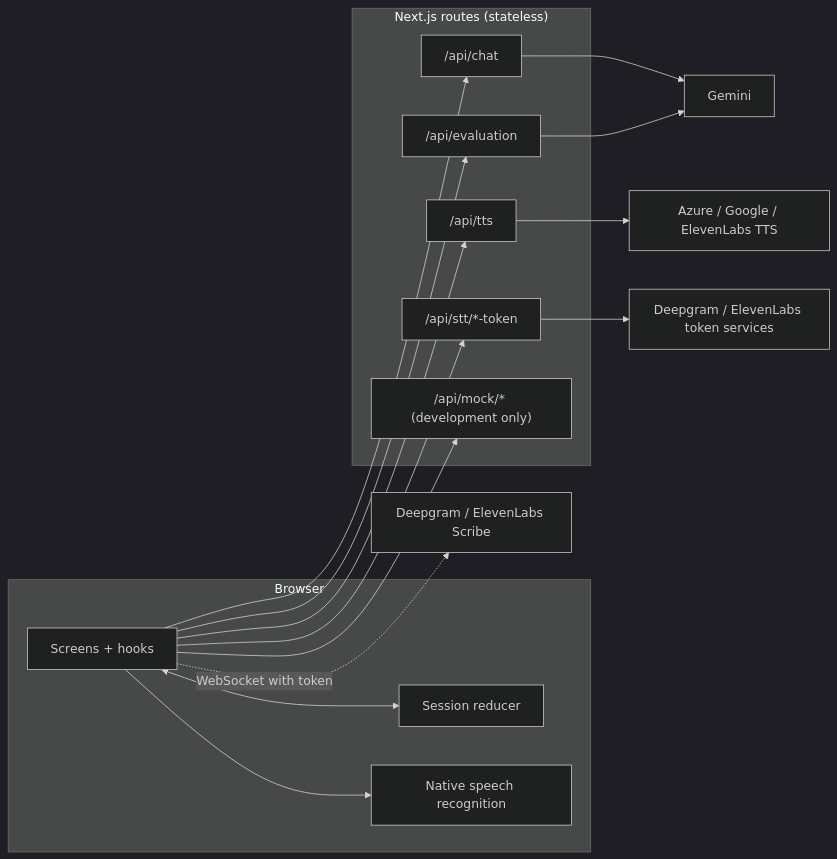
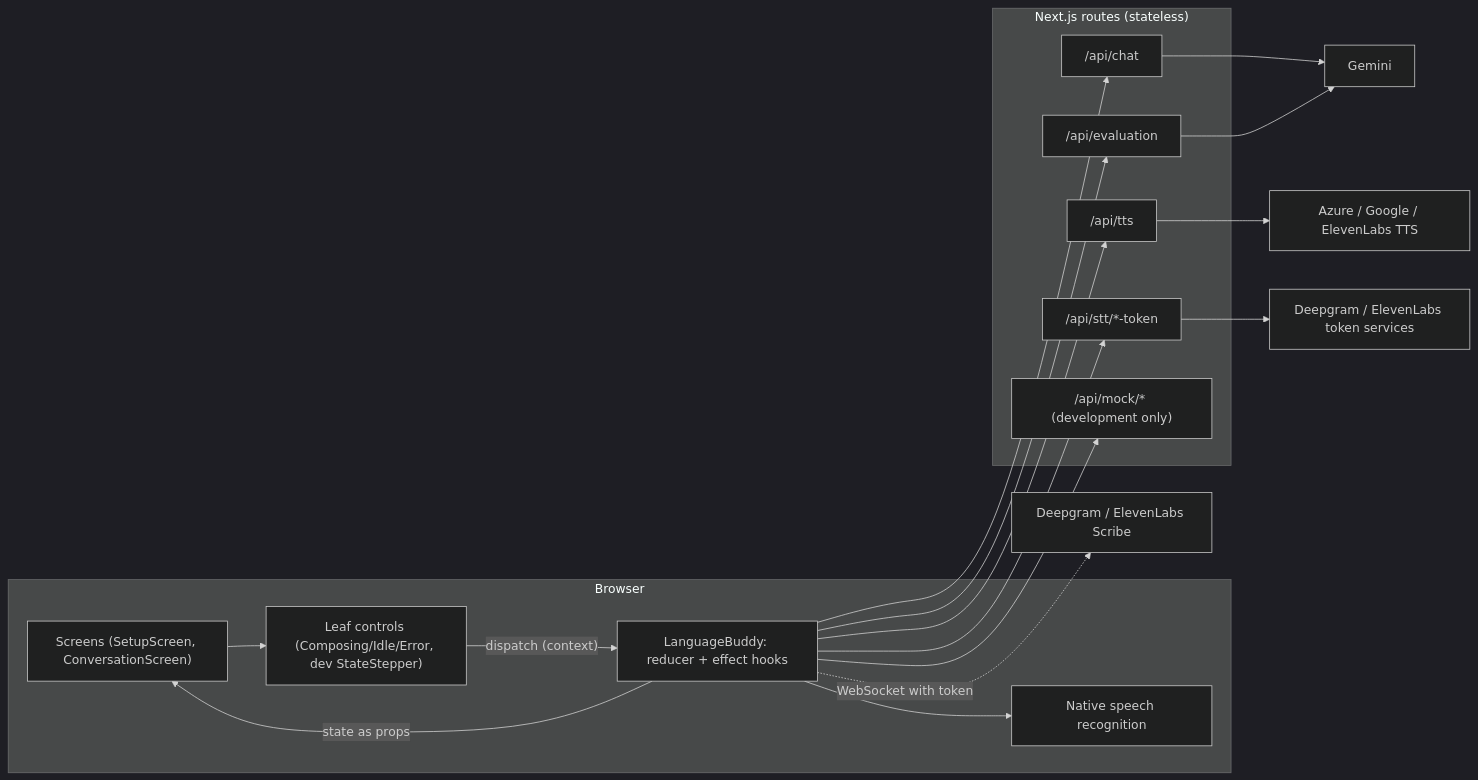
Before and after one commit to jaronbarends/lab-language-buddy: the first of 2 diagrams in docs/grootboek/software-architectuur.md, drawn with Mermaid (dark theme). The commit also changed other lines of this file, not shown here.

````diff
--- a/docs/grootboek/software-architectuur.md
+++ b/docs/grootboek/software-architectuur.md
@@ -49,23 +54,25 @@
 ```mermaid
 flowchart LR
   subgraph Browser
-    UI["Screens + hooks"]
-    RED["Session reducer"]
+    SCREENS["Screens (SetupScreen, ConversationScreen)"]
+    CTRL["Leaf controls (Composing/Idle/Error, dev StateStepper)"]
+    RED["LanguageBuddy: reducer + effect hooks"]
     NATIVE["Native speech recognition"]
   end
   subgraph Server["Next.js routes (stateless)"]
     CHAT["/api/chat"]
     EVAL["/api/evaluation"]
     TTS["/api/tts"]
     TOK["/api/stt/*-token"]
     MOCK["/api/mock/* (development only)"]
   end
-  UI <--> RED
-  UI --> NATIVE
-  UI --> CHAT --> GEM["Gemini"]
-  UI --> EVAL --> GEM
-  UI --> TTS --> TV["Azure / Google / ElevenLabs TTS"]
-  UI --> TOK --> SV["Deepgram / ElevenLabs token services"]
-  UI -. "WebSocket with token" .-> STT["Deepgram / ElevenLabs Scribe"]
-  UI --> MOCK
+  RED -- "state as props" --> SCREENS --> CTRL
+  CTRL -- "dispatch (context)" --> RED
+  RED --> NATIVE
+  RED --> CHAT --> GEM["Gemini"]
+  RED --> EVAL --> GEM
+  RED --> TTS --> TV["Azure / Google / ElevenLabs TTS"]
+  RED --> TOK --> SV["Deepgram / ElevenLabs token services"]
+  RED -. "WebSocket with token" .-> STT["Deepgram / ElevenLabs Scribe"]
+  RED --> MOCK
 ```
````
